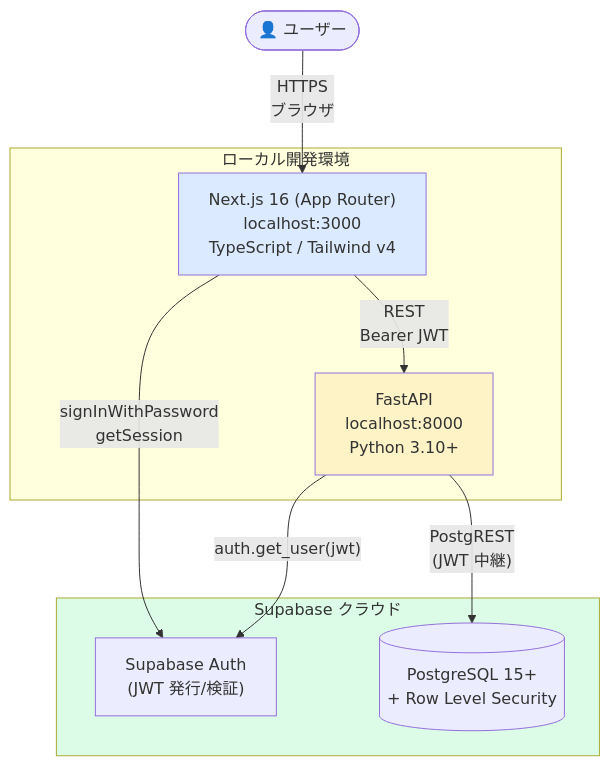
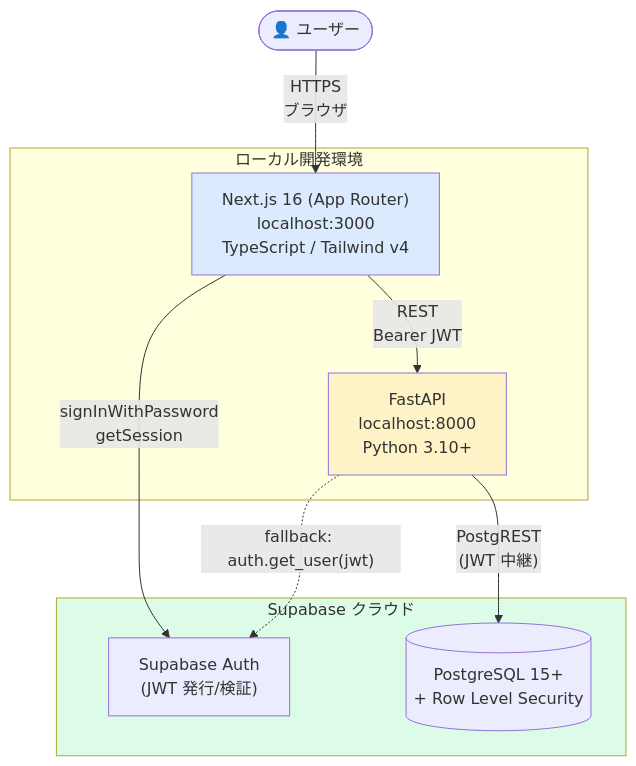
Before and after one commit to satoru-oka/catch-management: the first of 7 diagrams in docs/architecture.md, drawn with Mermaid. The commit also changed other lines of this file and 25 other files, not shown here.

````diff
--- a/docs/architecture.md
+++ b/docs/architecture.md
@@ -14,24 +14,24 @@
 ```mermaid
 flowchart TB
     User([👤 ユーザー])
 
     subgraph Local["ローカル開発環境"]
         FE["Next.js 16 (App Router)<br/>localhost:3000<br/>TypeScript / Tailwind v4"]
         BE["FastAPI<br/>localhost:8000<br/>Python 3.10+"]
     end
 
     subgraph Cloud["Supabase クラウド"]
         SBAuth["Supabase Auth<br/>(JWT 発行/検証)"]
         SBDB[("PostgreSQL 15+<br/>+ Row Level Security")]
     end
 
     User -->|HTTPS<br/>ブラウザ| FE
     FE -->|"signInWithPassword<br/>getSession"| SBAuth
     FE -->|"REST<br/>Bearer JWT"| BE
-    BE -->|"auth.get_user(jwt)"| SBAuth
+    BE -.->|"fallback: auth.get_user(jwt)"| SBAuth
     BE -->|"PostgREST<br/>(JWT 中継)"| SBDB
 
     style FE fill:#dbeafe
     style BE fill:#fef3c7
     style Cloud fill:#dcfce7
 ```
````
